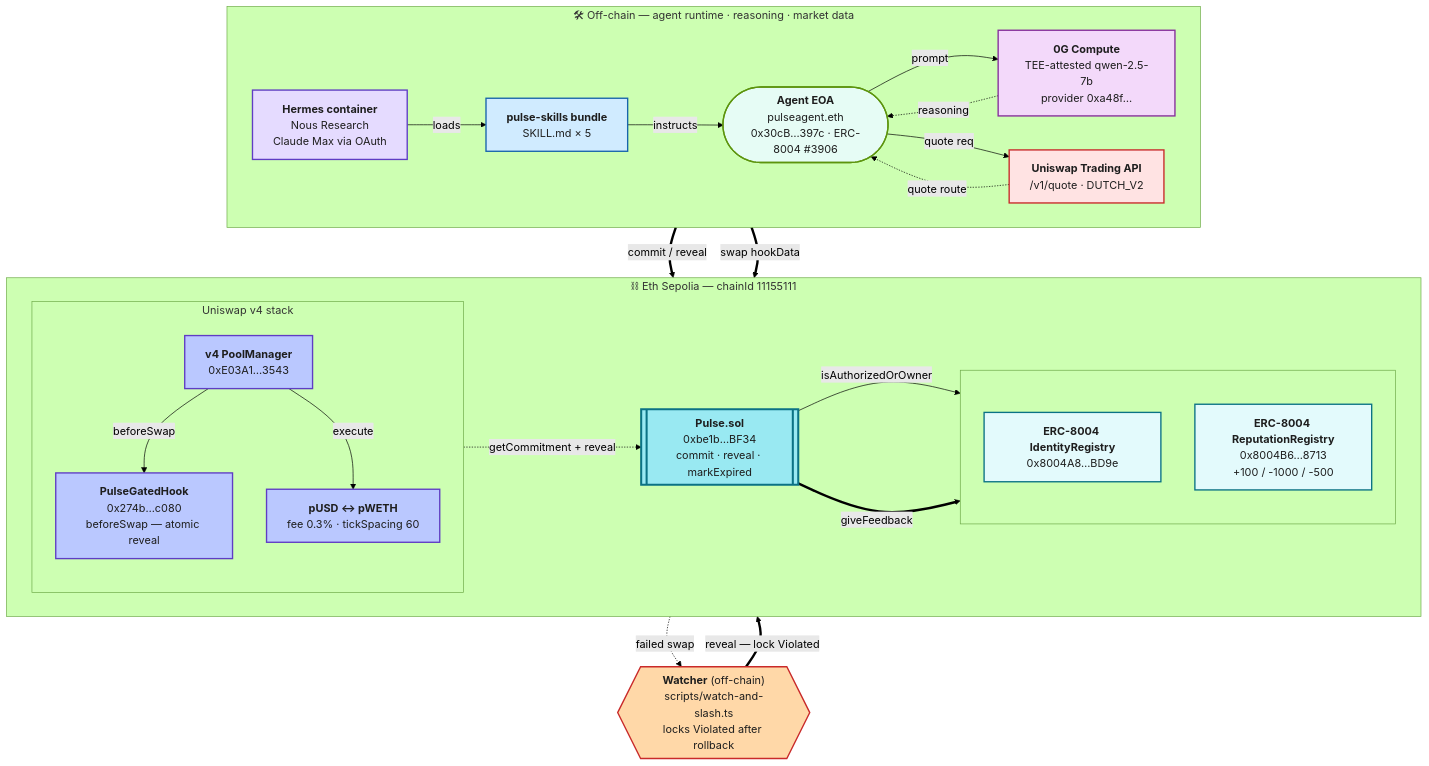
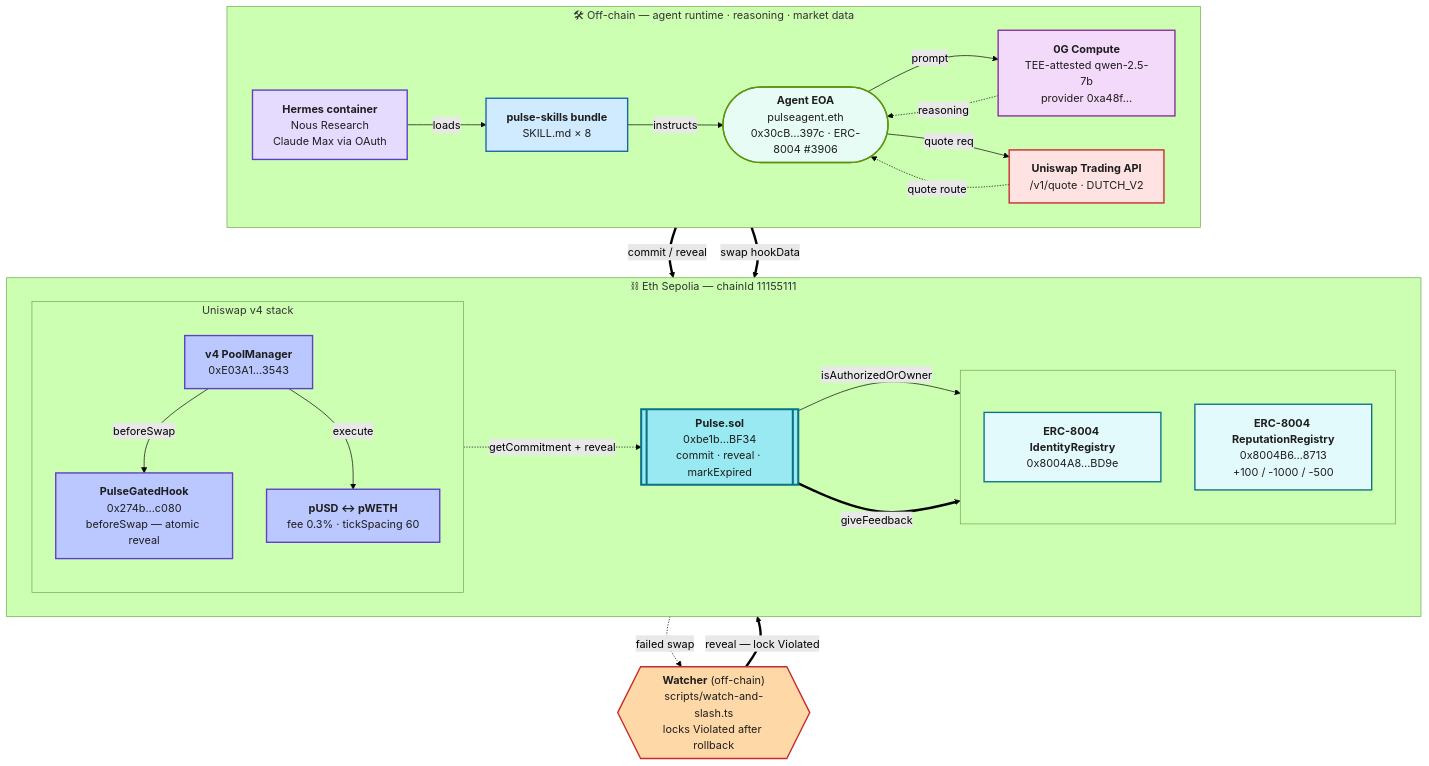
The diagram in README.md (ss251/ethglobal-openagents), drawn with Mermaid (forest theme) before and after one commit. The commit also changed other lines of this file and 9 other files, not shown here.

````diff
--- a/README.md
+++ b/README.md
@@ -18,74 +18,74 @@
 ```mermaid
 flowchart TD
     %% ── Off-chain agent runtime ────────────────────────────────────────
     subgraph OFF["🛠 Off-chain — agent runtime · reasoning · market data"]
         direction LR
         Hermes["<b>Hermes container</b><br/>Nous Research<br/>Claude Max via OAuth"]
-        Skills["<b>pulse-skills bundle</b><br/>SKILL.md × 5"]
+        Skills["<b>pulse-skills bundle</b><br/>SKILL.md × 8"]
         Agent(["<b>Agent EOA</b><br/>pulseagent.eth<br/>0x30cB…397c · ERC-8004 #3906"])
         ZG["<b>0G Compute</b><br/>TEE-attested qwen-2.5-7b<br/>provider 0xa48f…"]
         Trade["<b>Uniswap Trading API</b><br/>/v1/quote · DUTCH_V2"]
     end
 
     %% ── On-chain Eth Sepolia ──────────────────────────────────────────
     subgraph BASE["⛓ Eth Sepolia — chainId 11155111"]
         direction LR
         subgraph ERC[" "]
             direction TB
             ID["<b>ERC-8004 IdentityRegistry</b><br/>0x8004A8…BD9e"]
             Rep["<b>ERC-8004 ReputationRegistry</b><br/>0x8004B6…8713<br/>+100 / -1000 / -500"]
         end
         Pulse[["<b>Pulse.sol</b><br/>0xbe1b…BF34<br/>commit · reveal · markExpired"]]
         subgraph V4["Uniswap v4 stack"]
             direction TB
             Hook["<b>PulseGatedHook</b><br/>0x274b…c080<br/>beforeSwap — atomic reveal"]
             PM["<b>v4 PoolManager</b><br/>0xE03A1…3543"]
             Pool["<b>pUSD ↔ pWETH</b><br/>fee 0.3% · tickSpacing 60"]
         end
     end
 
     Watcher{{"<b>Watcher</b> (off-chain)<br/>scripts/watch-and-slash.ts<br/>locks Violated after rollback"}}
 
     %% ── Off-chain agent loop ───────────────────────────────────────────
     Hermes -->|loads| Skills
     Skills -->|instructs| Agent
     Agent -->|prompt| ZG
     ZG -.->|reasoning| Agent
     Agent -->|quote req| Trade
     Trade -.->|quote route| Agent
 
     %% ── Cross-band: agent → Pulse ──────────────────────────────────────
     Agent ==>|commit / reveal| Pulse
     Pulse -->|isAuthorizedOrOwner| ID
     Pulse ==>|giveFeedback| Rep
     Hook -.->|getCommitment + reveal| Pulse
 
     %% ── v4 swap path ──────────────────────────────────────────────────
     Agent ==>|swap hookData| PM
     PM -->|beforeSwap| Hook
     PM -->|execute| Pool
 
     %% ── Atomic-rollback recovery ──────────────────────────────────────
     Pool -.->|failed swap| Watcher
     Watcher ==>|reveal — lock Violated| Pulse
 
     classDef agentBox fill:#e6fcf5,stroke:#5c940d,stroke-width:2px,color:#1e1e1e
     classDef hermesBox fill:#e5dbff,stroke:#5f3dc4,stroke-width:2px,color:#1e1e1e
     classDef skillsBox fill:#d0ebff,stroke:#1864ab,stroke-width:2px,color:#1e1e1e
     classDef zgBox fill:#f3d9fa,stroke:#862e9c,stroke-width:2px,color:#1e1e1e
     classDef tradeBox fill:#ffe3e3,stroke:#c92a2a,stroke-width:2px,color:#1e1e1e
     classDef pulseBox fill:#99e9f2,stroke:#0b7285,stroke-width:3px,color:#1e1e1e
     classDef ercBox fill:#e3fafc,stroke:#0b7285,stroke-width:2px,color:#1e1e1e
     classDef v4Box fill:#bac8ff,stroke:#5f3dc4,stroke-width:2px,color:#1e1e1e
     classDef watcherBox fill:#ffd8a8,stroke:#c92a2a,stroke-width:2px,color:#1e1e1e
 
     class Agent agentBox
     class Hermes hermesBox
     class Skills skillsBox
     class ZG zgBox
     class Trade tradeBox
     class Pulse pulseBox
     class ID,Rep ercBox
     class Hook,PM,Pool v4Box
     class Watcher watcherBox
 ```
````
